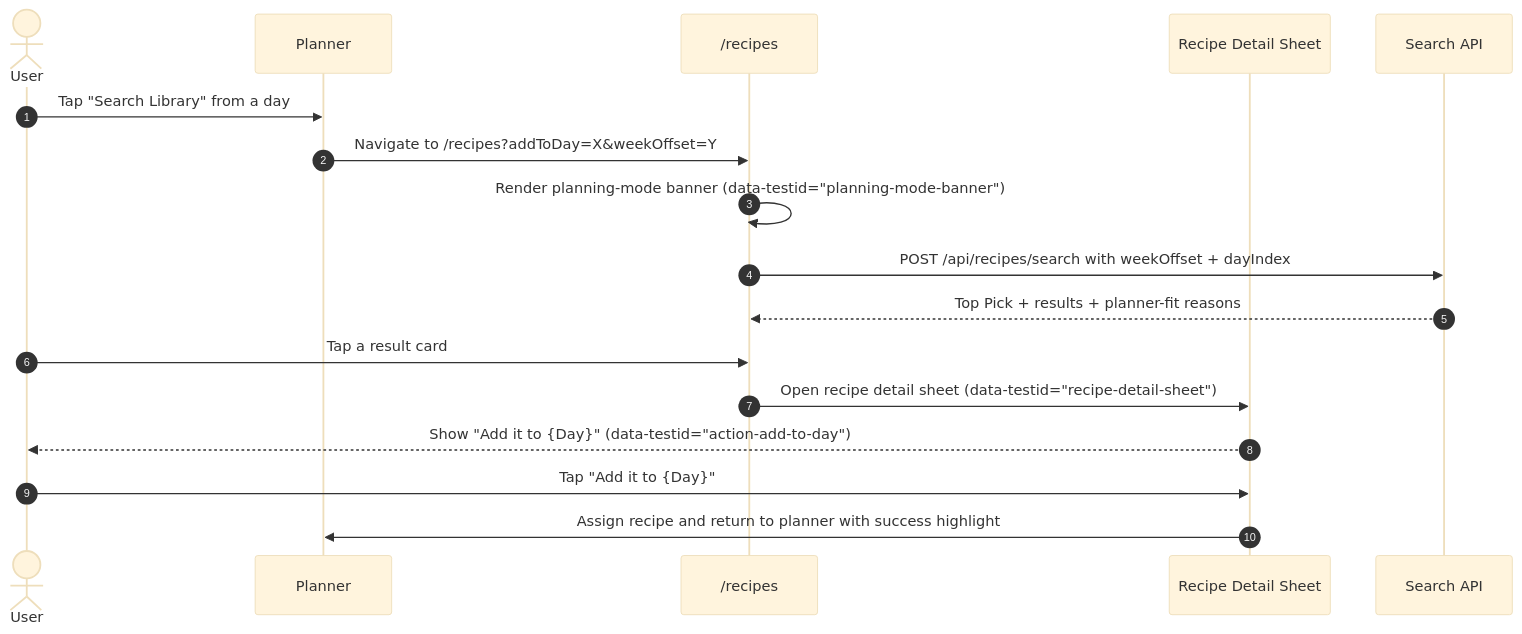
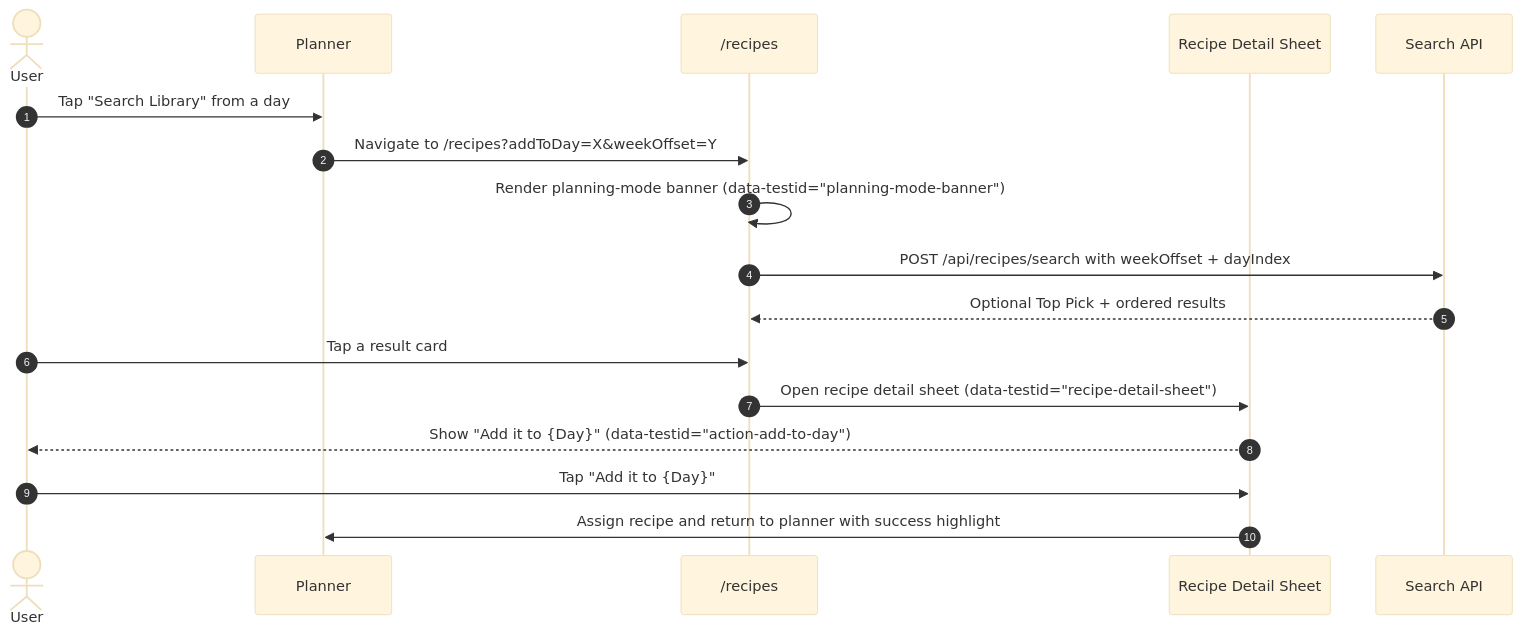
One commit to AlexandreBrisebois/whats-for-supper changed the second of 6 diagrams in docs/flows/user-flows/recipe-search-and-library-recovery.md. Above: the diagram before and after it, drawn with Mermaid (base theme). The commit also changed other lines of this file, not shown here.

Commit message:
docs: align docs/flows/user-flows/recipe-search-and-library-recovery.md with stable 0.1.21

````diff
--- a/docs/flows/user-flows/recipe-search-and-library-recovery.md
+++ b/docs/flows/user-flows/recipe-search-and-library-recovery.md
@@ -73,20 +72,20 @@
 ```mermaid
 sequenceDiagram
     autonumber
     actor User
     participant Planner
     participant Search as /recipes
     participant Detail as Recipe Detail Sheet
     participant API as Search API
 
     User->>Planner: Tap "Search Library" from a day
     Planner->>Search: Navigate to /recipes?addToDay=X&weekOffset=Y
     Search->>Search: Render planning-mode banner (data-testid="planning-mode-banner")
     Search->>API: POST /api/recipes/search with weekOffset + dayIndex
-    API-->>Search: Top Pick + results + planner-fit reasons
+    API-->>Search: Optional Top Pick + ordered results
     User->>Search: Tap a result card
     Search->>Detail: Open recipe detail sheet (data-testid="recipe-detail-sheet")
     Detail-->>User: Show "Add it to {Day}" (data-testid="action-add-to-day")
     User->>Detail: Tap "Add it to {Day}"
     Detail->>Planner: Assign recipe and return to planner with success highlight
 ```
````
